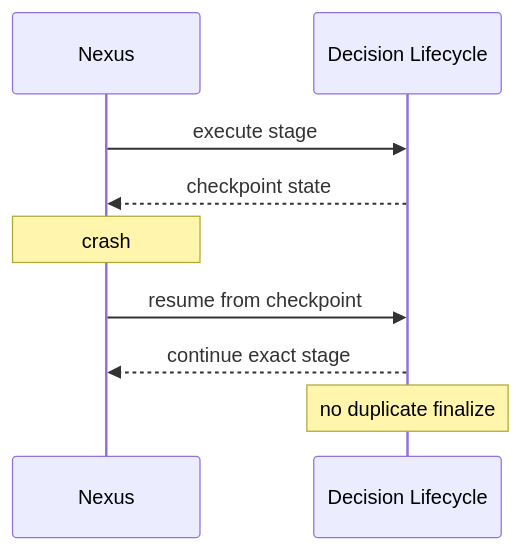
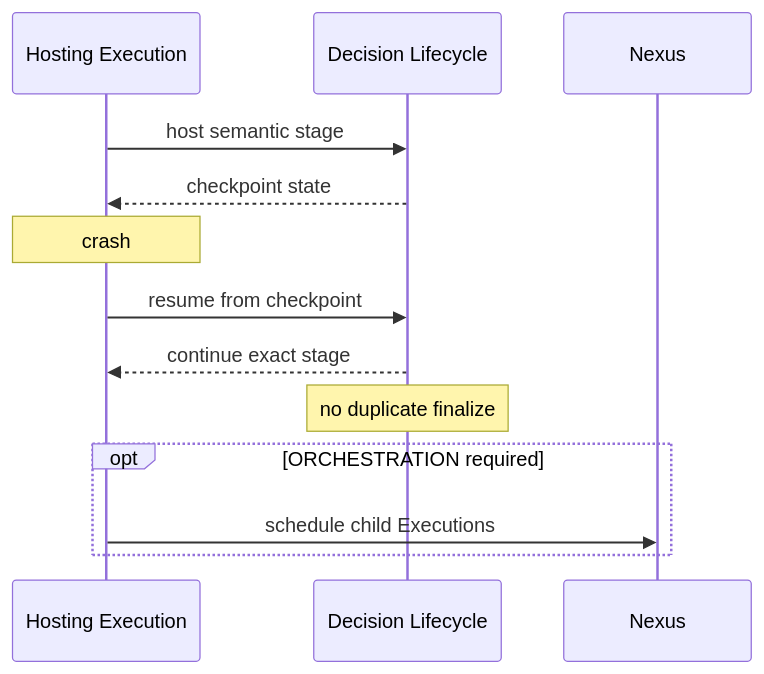
Before and after one commit to jakbuczarnecki/intergrax: the third of 3 diagrams in docs/project/architecture/satellites/DECISION_SYSTEM_extended_depth.md, drawn with Mermaid. The commit also changed other lines of this file and 7 other files, not shown here.

First line of the commit message:
refactor(decision): align finalization with execution host

````diff
--- a/docs/project/architecture/satellites/DECISION_SYSTEM_extended_depth.md
+++ b/docs/project/architecture/satellites/DECISION_SYSTEM_extended_depth.md
@@ -164,11 +168,15 @@
 ```mermaid
 sequenceDiagram
+    participant E as Hosting Execution
+    participant L as Decision Lifecycle
     participant N as Nexus
-    participant L as Decision Lifecycle
-    N->>L: execute stage
-    L-->>N: checkpoint state
-    Note over N: crash
-    N->>L: resume from checkpoint
-    L-->>N: continue exact stage
+    E->>L: host semantic stage
+    L-->>E: checkpoint state
+    Note over E: crash
+    E->>L: resume from checkpoint
+    L-->>E: continue exact stage
     Note over L: no duplicate finalize
+    opt ORCHESTRATION required
+        E->>N: schedule child Executions
+    end
 ```
````
